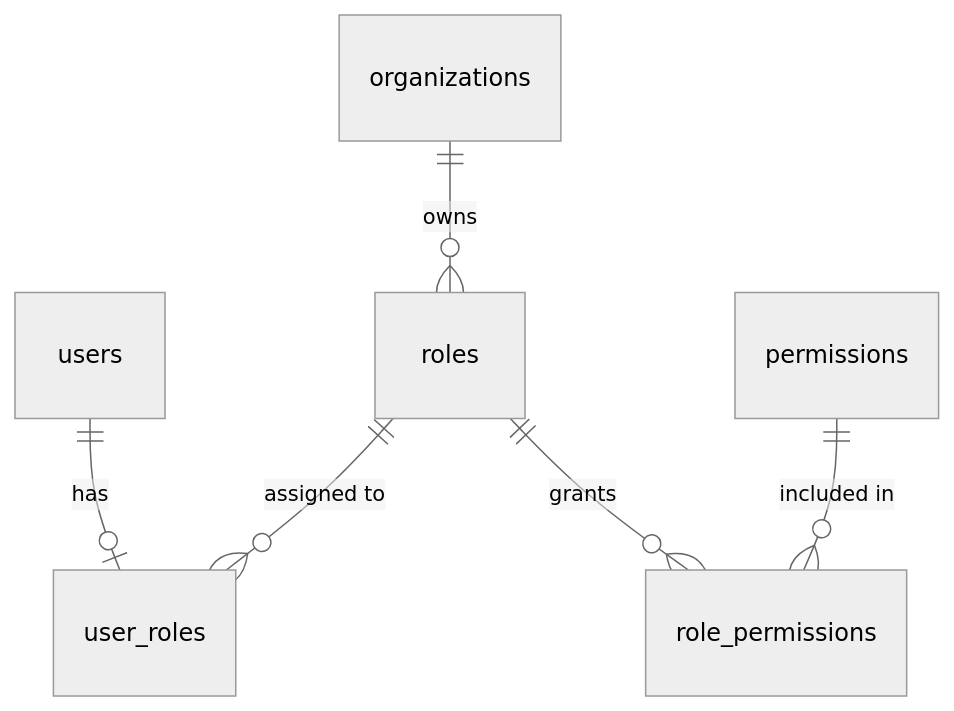
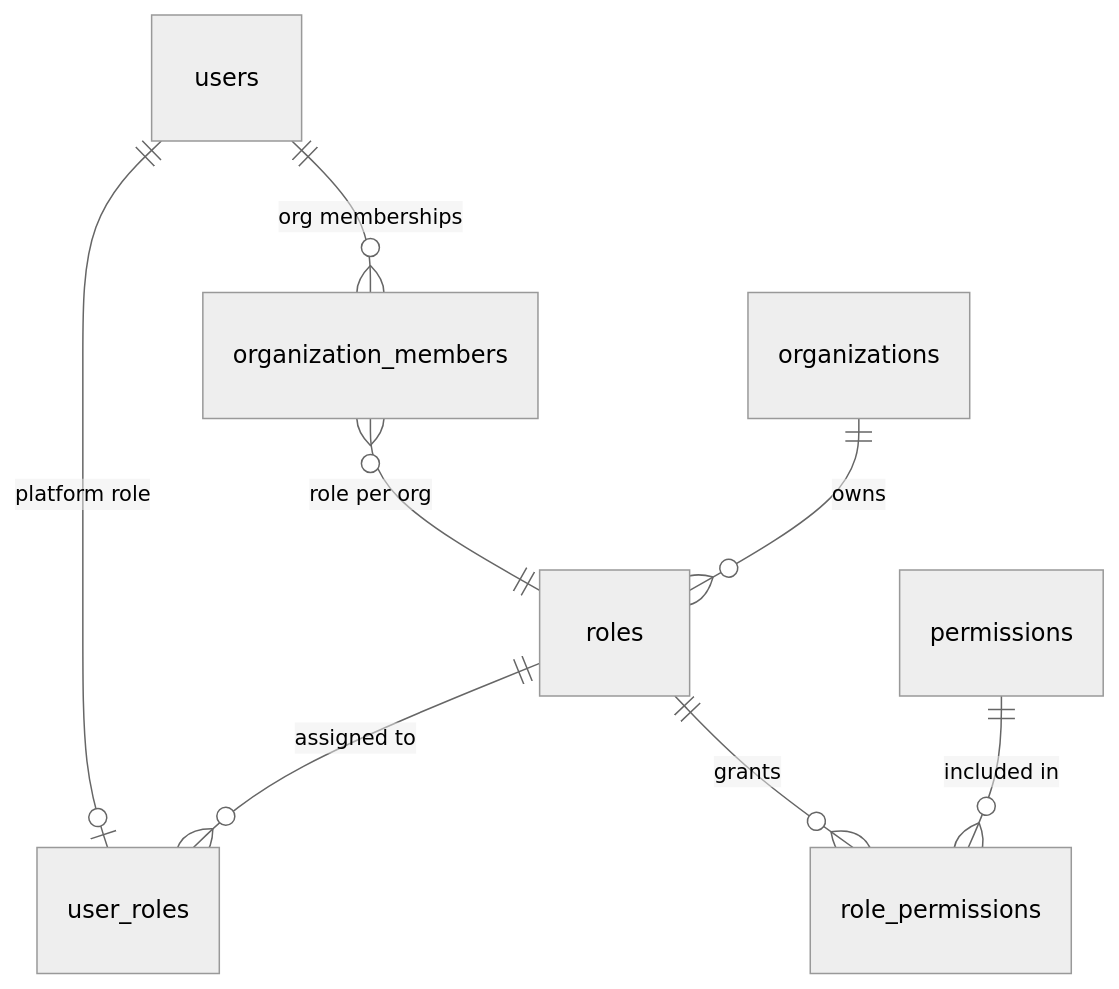
Before and after one commit to MoShahan/hilite-multi-org-erp: the third of 5 diagrams in docs/er-diagram.md, drawn with Mermaid (neutral theme). The commit also changed other lines of this file and 40 other files, not shown here.

Commit message:
feat(prisma): implement multi-organization membership model and update related user and team structures

````diff
--- a/docs/er-diagram.md
+++ b/docs/er-diagram.md
@@ -189,8 +204,10 @@
 ```mermaid
 erDiagram
-    users ||--o| user_roles : "has"
+    users ||--o| user_roles : "platform role"
     roles ||--o{ user_roles : "assigned to"
+    users ||--o{ organization_members : "org memberships"
+    organization_members }o--|| roles : "role per org"
     roles ||--o{ role_permissions : "grants"
     permissions ||--o{ role_permissions : "included in"
     organizations ||--o{ roles : "owns"
 ```
````
